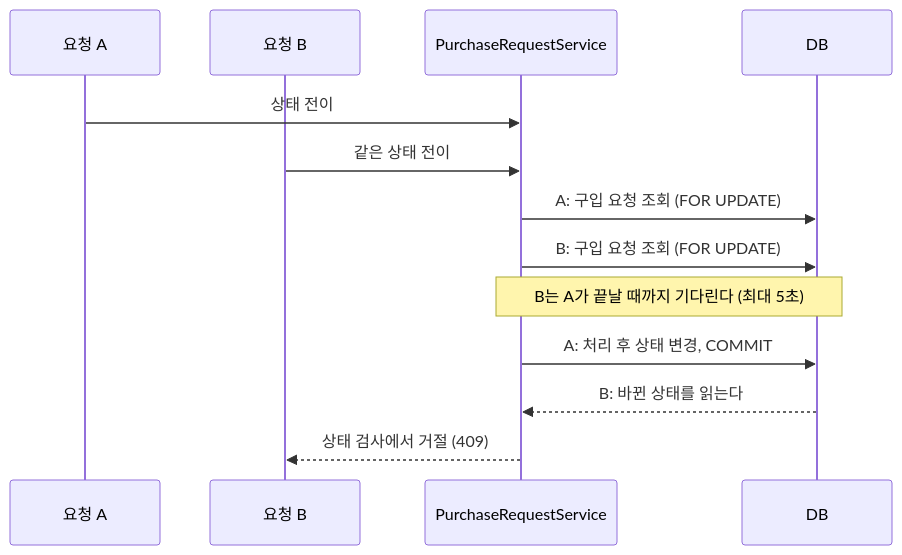
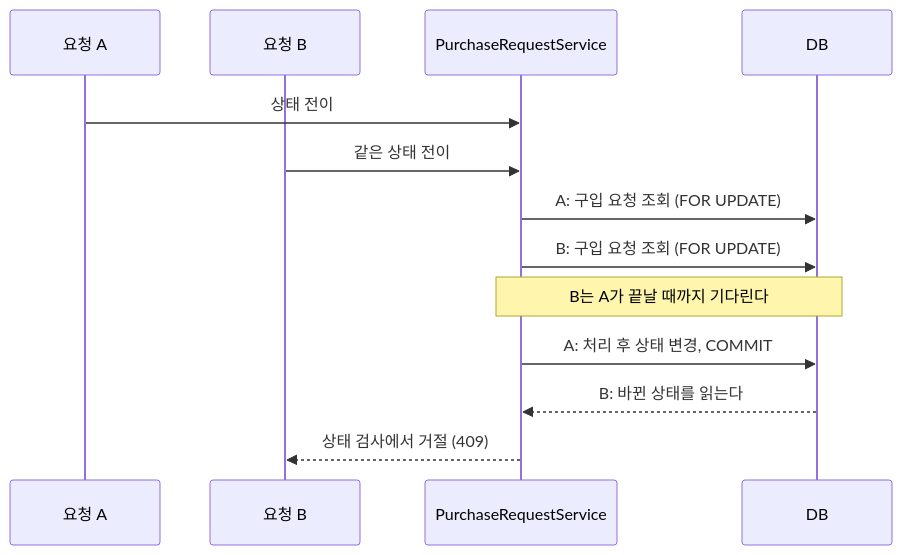
The first of 2 diagrams in docs/issues/225-purchase-request-concurrency/plan.md (Geumjeongyahak/Backend), drawn with Mermaid before and after one commit. The commit also changed other lines of this file and 6 other files, not shown here.

````diff
--- a/docs/issues/225-purchase-request-concurrency/plan.md
+++ b/docs/issues/225-purchase-request-concurrency/plan.md
@@ -13,16 +13,16 @@
 ```mermaid
 sequenceDiagram
     participant A as 요청 A
     participant B as 요청 B
     participant S as PurchaseRequestService
     participant DB as DB
 
     A->>S: 상태 전이
     B->>S: 같은 상태 전이
     S->>DB: A: 구입 요청 조회 (FOR UPDATE)
     S->>DB: B: 구입 요청 조회 (FOR UPDATE)
-    Note over S,DB: B는 A가 끝날 때까지 기다린다 (최대 5초)
+    Note over S,DB: B는 A가 끝날 때까지 기다린다
     S->>DB: A: 처리 후 상태 변경, COMMIT
     DB-->>S: B: 바뀐 상태를 읽는다
     S-->>B: 상태 검사에서 거절 (409)
 ```
````
